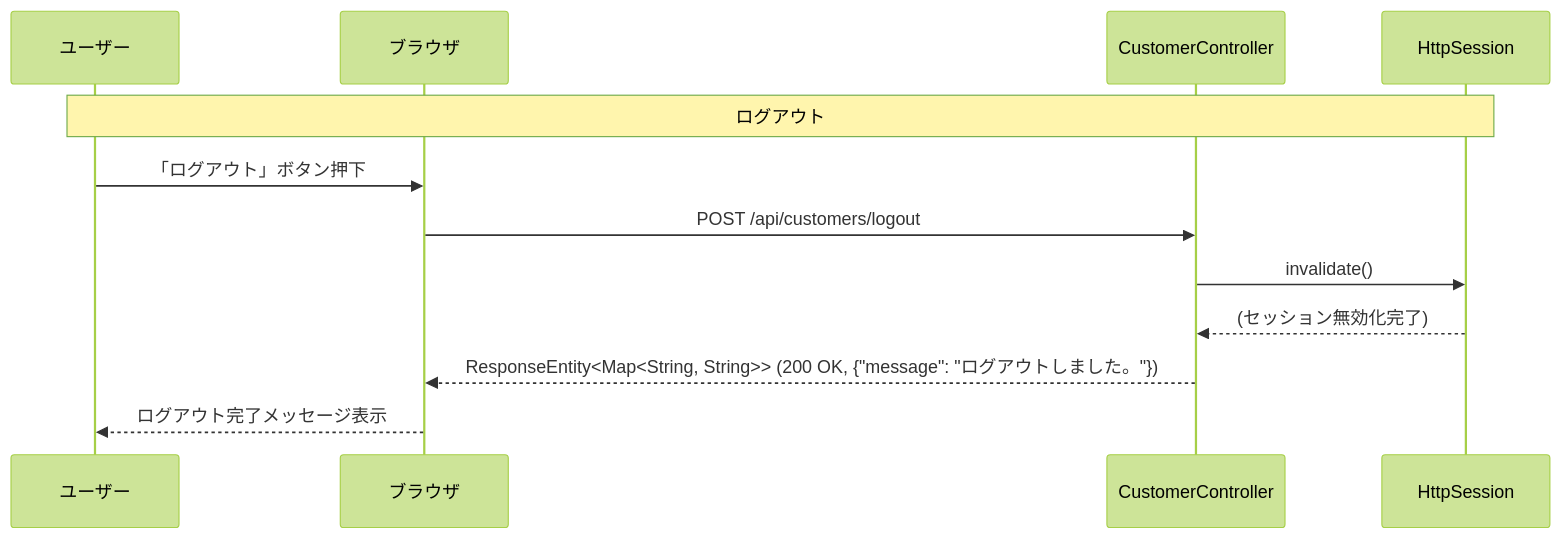
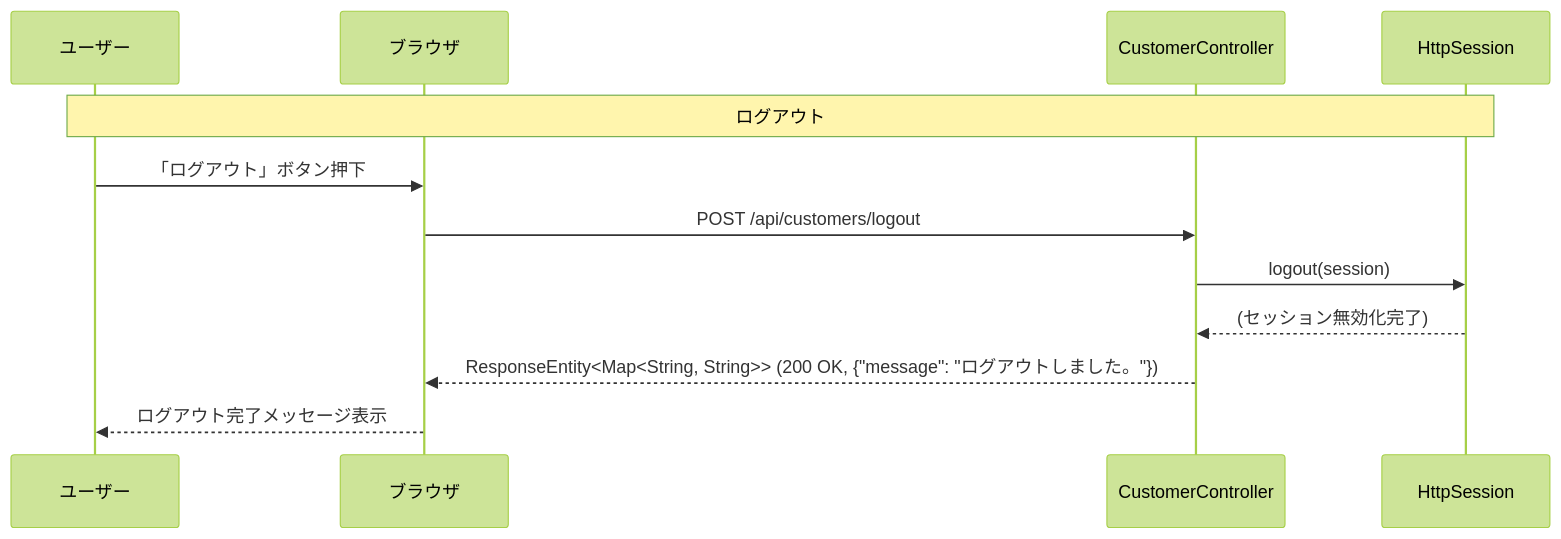
Diagram 17 of 22 in 詳細設計/詳細設計書_v3.md (shogomaeda758/Bacon), drawn with Mermaid (forest theme) before and after one commit. The commit also changed other lines of this file, not shown here.

Commit message:
シーケンス図のメソッド名修正

````diff
--- a/詳細設計/詳細設計書_v3.md
+++ b/詳細設計/詳細設計書_v3.md
@@ -690,15 +690,15 @@
 ```mermaid
 sequenceDiagram
     participant U as ユーザー
     participant B as ブラウザ
     participant CuC as CustomerController
     participant S as HttpSession
 
     Note over U,S: ログアウト
     U->>B: 「ログアウト」ボタン押下
     B->>CuC: POST /api/customers/logout
-    CuC->>S: invalidate()
+    CuC->>S: logout(session)
     S-->>CuC: (セッション無効化完了)
     CuC-->>B: ResponseEntity<Map<String, String>> (200 OK, {"message": "ログアウトしました。"})
     B-->>U: ログアウト完了メッセージ表示
 ```
````
